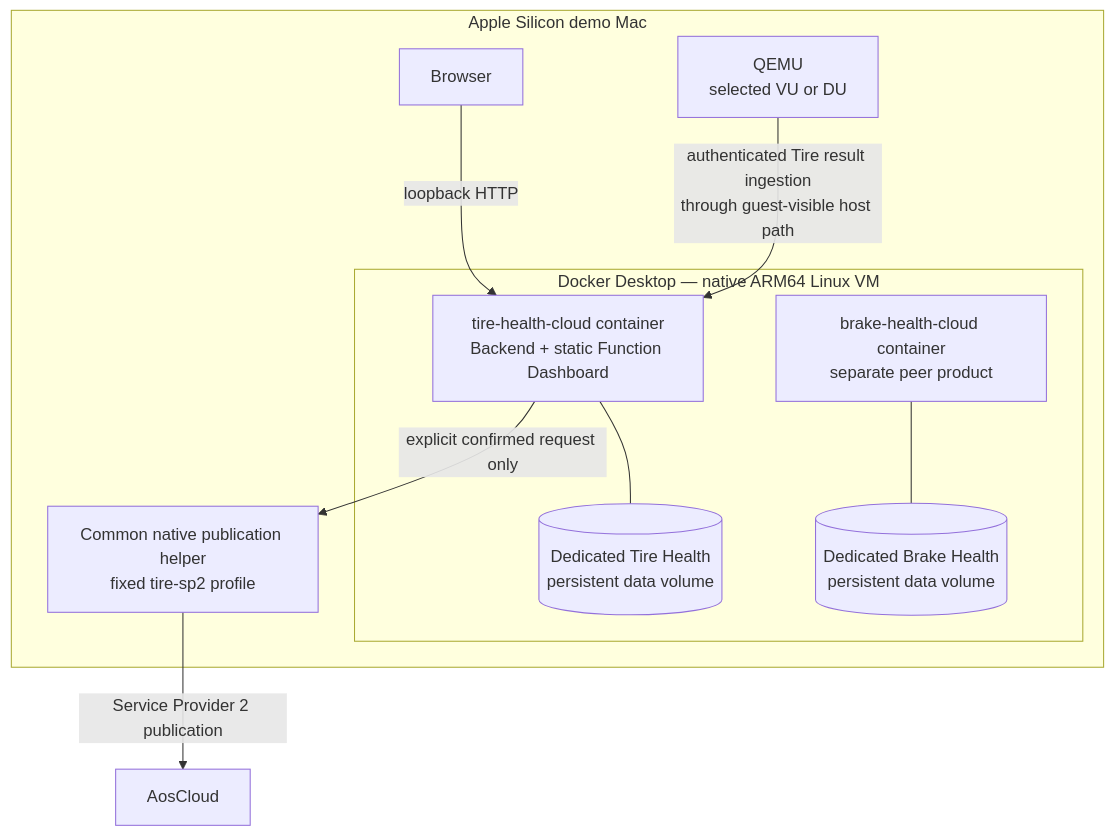
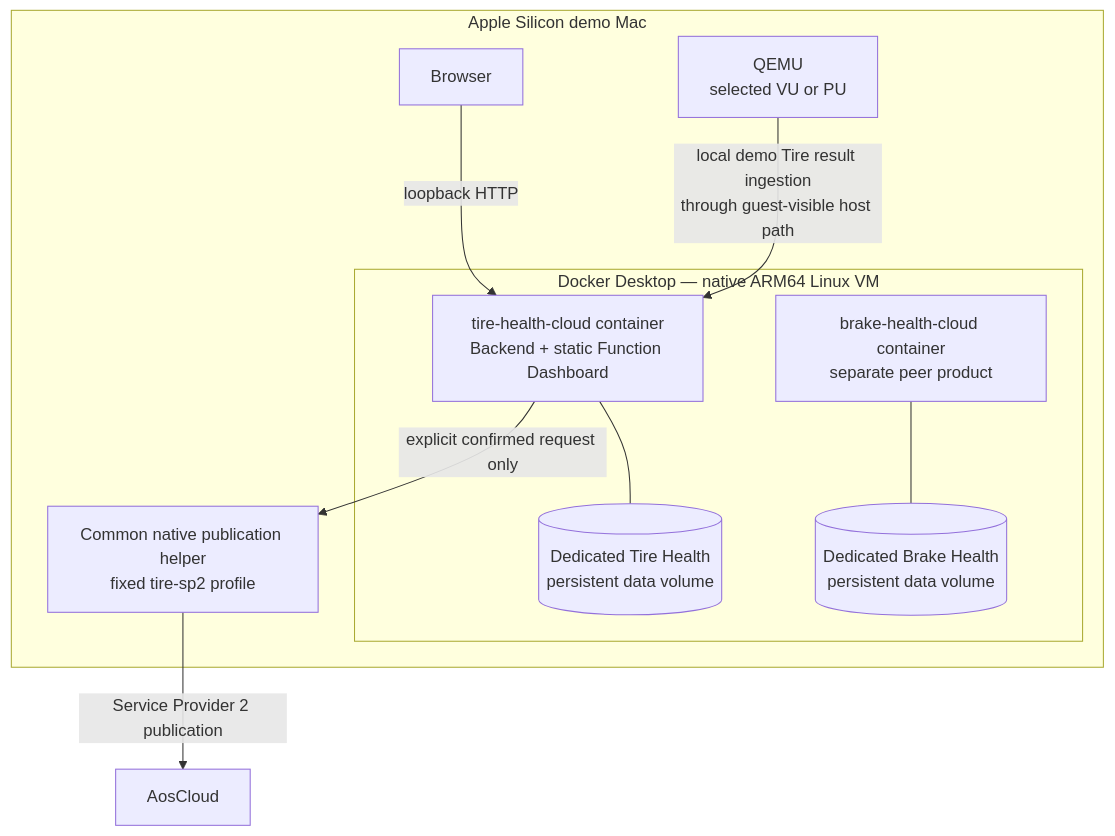
The first of 2 diagrams in docs/requirements/components/tire-health-cloud.md (alexmaninblack/aosedge-sdv-demo), drawn with Mermaid before and after one commit. The commit also changed other lines of this file and 176 other files, not shown here.

````diff
--- a/docs/requirements/components/tire-health-cloud.md
+++ b/docs/requirements/components/tire-health-cloud.md
@@ -78,21 +80,21 @@
 ```mermaid
 flowchart TB
     subgraph MAC["Apple Silicon demo Mac"]
         BROWSER["Browser"]
         subgraph DOCKER["Docker Desktop — native ARM64 Linux VM"]
             TIRE["tire-health-cloud container<br/>Backend + static Function Dashboard"]
             TDATA[("Dedicated Tire Health<br/>persistent data volume")]
             BRAKE["brake-health-cloud container<br/>separate peer product"]
             BDATA[("Dedicated Brake Health<br/>persistent data volume")]
             TIRE --- TDATA
             BRAKE --- BDATA
         end
         THELPER["Common native publication helper<br/>fixed tire-sp2 profile"]
-        QEMU["QEMU<br/>selected VU or DU"]
+        QEMU["QEMU<br/>selected VU or PU"]
     end
 
     BROWSER -->|"loopback HTTP"| TIRE
-    QEMU -->|"authenticated Tire result ingestion<br/>through guest-visible host path"| TIRE
+    QEMU -->|"local demo Tire result ingestion<br/>through guest-visible host path"| TIRE
     TIRE -->|"explicit confirmed request only"| THELPER
     THELPER -->|"Service Provider 2 publication"| CLOUD["AosCloud"]
 ```
````
